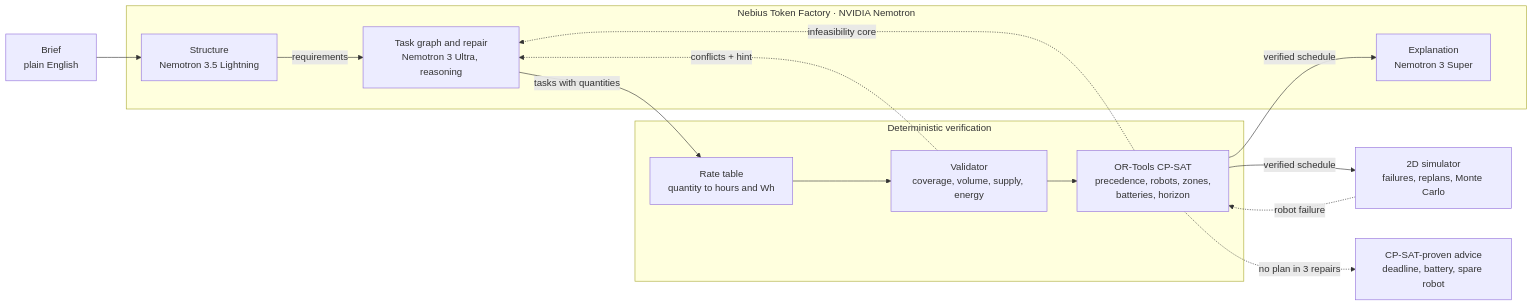
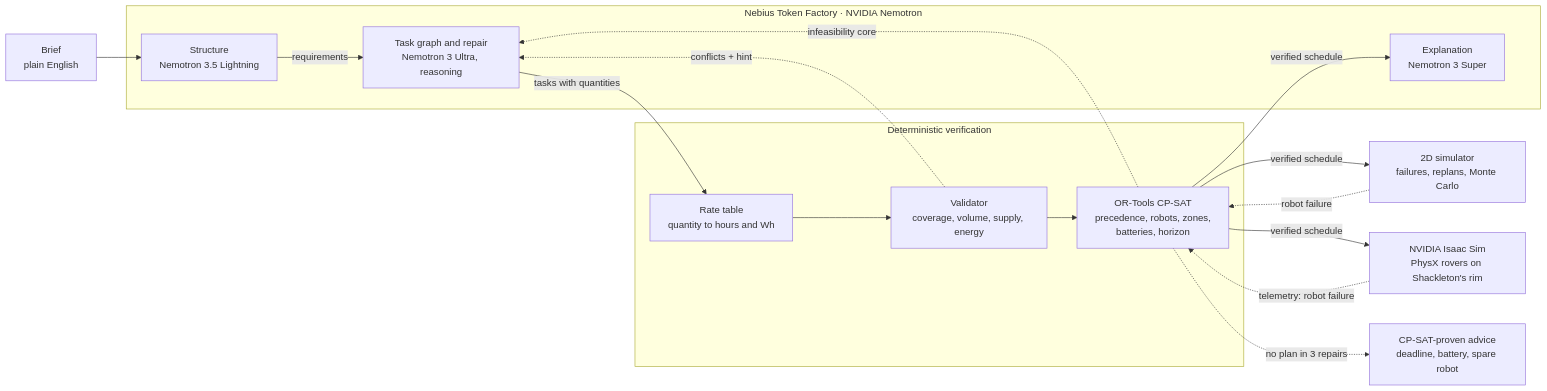
One commit to nkm1020/moonwright changed the diagram in README.md. Above: the diagram before and after it, drawn with Mermaid. The commit also changed other lines of this file and 15 other files, not shown here.

First line of the commit message:
Isaac Sim closed loop: PhysX rovers on Shackleton's rim, replanned by Moonwright

````diff
--- a/README.md
+++ b/README.md
@@ -33,22 +36,24 @@
 ```mermaid
 flowchart LR
   B["Brief<br/>plain English"] --> S
   subgraph TF["Nebius Token Factory · NVIDIA Nemotron"]
     S["Structure<br/>Nemotron 3.5 Lightning"]
     G["Task graph and repair<br/>Nemotron 3 Ultra, reasoning"]
     E["Explanation<br/>Nemotron 3 Super"]
   end
   subgraph VER["Deterministic verification"]
     R["Rate table<br/>quantity to hours and Wh"]
     C["Validator<br/>coverage, volume, supply, energy"]
     X["OR-Tools CP-SAT<br/>precedence, robots, zones,<br/>batteries, horizon"]
   end
   S -- requirements --> G
   G -- "tasks with quantities" --> R --> C --> X
   C -. "conflicts + hint" .-> G
   X -. "infeasibility core" .-> G
   X -- "verified schedule" --> E
   X -- "verified schedule" --> SIM["2D simulator<br/>failures, replans, Monte Carlo"]
   SIM -. "robot failure" .-> X
+  X -- "verified schedule" --> ISAAC["NVIDIA Isaac Sim<br/>PhysX rovers on Shackleton's rim"]
+  ISAAC -. "telemetry: robot failure" .-> X
   X -. "no plan in 3 repairs" .-> A["CP-SAT-proven advice<br/>deadline, battery, spare robot"]
 ```
````
